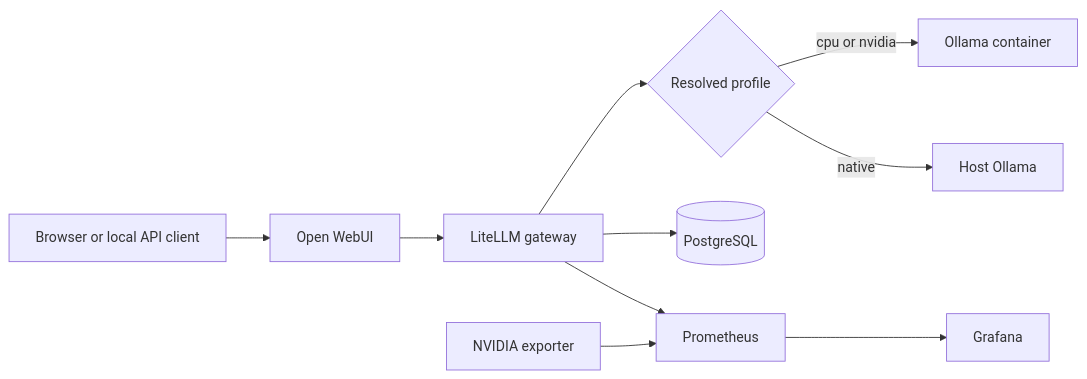
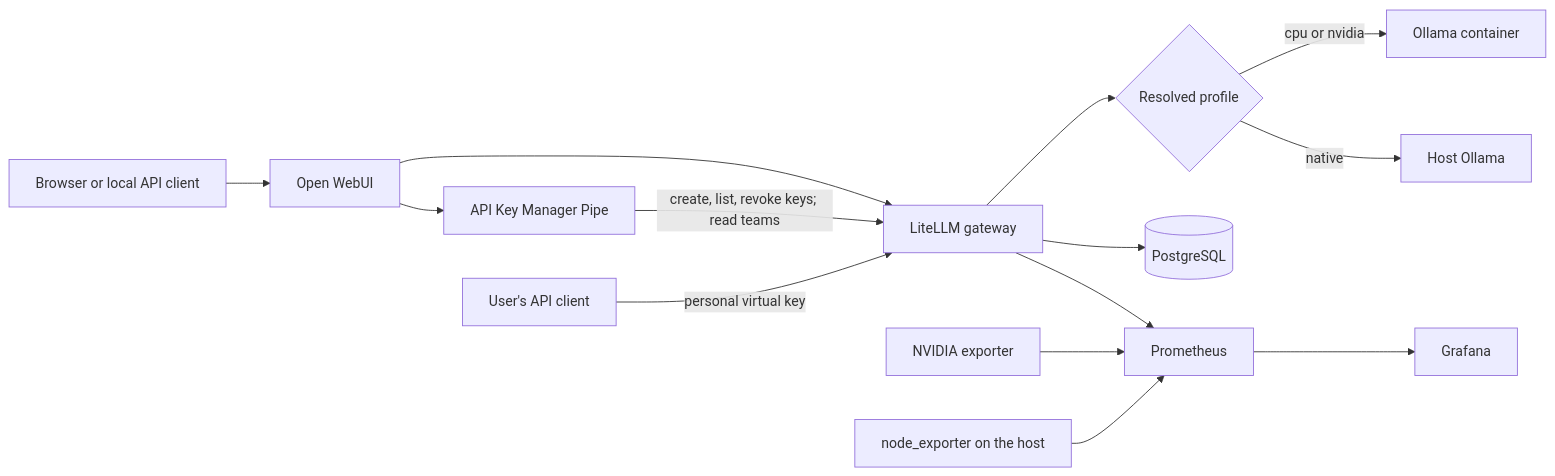
The diagram in docs/architecture.md (nawariso/PocketMind), drawn with Mermaid before and after one commit. The commit also changed other lines of this file and 7 other files, not shown here.

````diff
--- a/docs/architecture.md
+++ b/docs/architecture.md
@@ -9,12 +9,16 @@
 ```mermaid
 flowchart LR
     Client[Browser or local API client] --> WebUI[Open WebUI]
     WebUI --> LiteLLM[LiteLLM gateway]
     LiteLLM --> Runtime{Resolved profile}
     Runtime -->|cpu or nvidia| OllamaContainer[Ollama container]
     Runtime -->|native| OllamaHost[Host Ollama]
     LiteLLM --> PostgreSQL[(PostgreSQL)]
     LiteLLM --> Prometheus[Prometheus]
     NvidiaExporter[NVIDIA exporter] --> Prometheus
+    NodeExporter[node_exporter on the host] --> Prometheus
     Prometheus --> Grafana[Grafana]
+    WebUI --> KeyManager[API Key Manager Pipe]
+    KeyManager -->|create, list, revoke keys; read teams| LiteLLM
+    ApiClient[User's API client] -->|personal virtual key| LiteLLM
 ```
````
